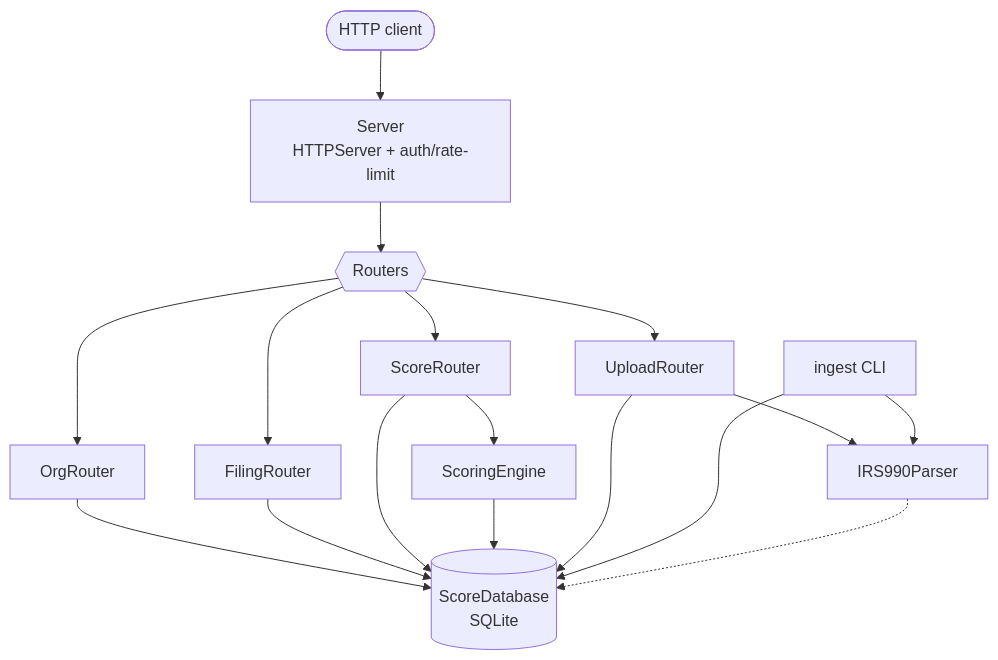
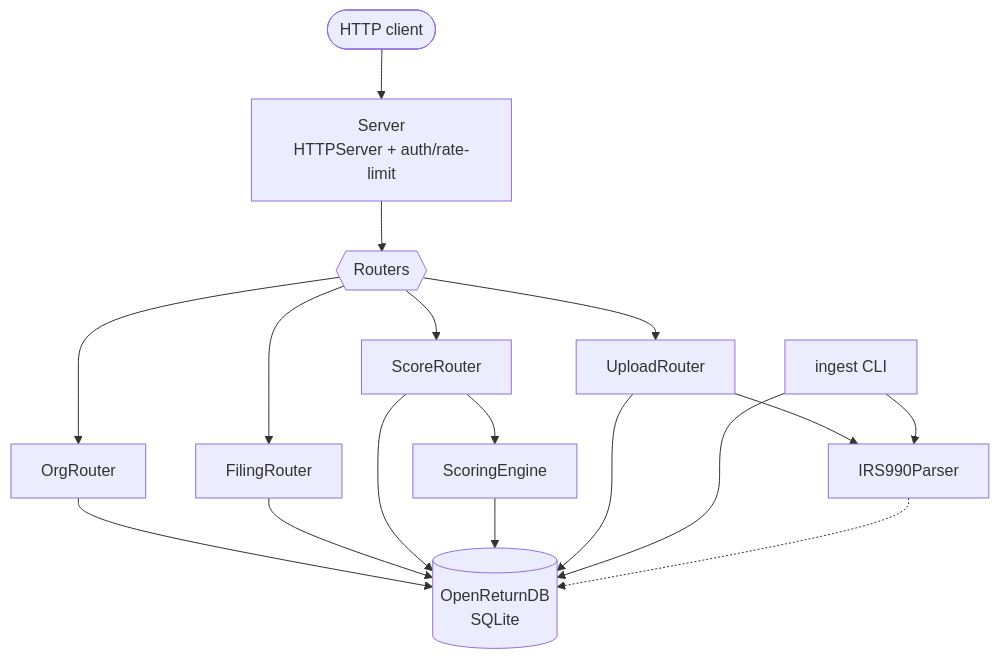
One commit to CalamooseLabs/OpenReturn changed the first of 3 diagrams in docs/development/architecture.md. Above: the diagram before and after it, drawn with Mermaid. The commit also changed other lines of this file and 51 other files, not shown here.

````diff
--- a/docs/development/architecture.md
+++ b/docs/development/architecture.md
@@ -29,19 +28,19 @@
 ```mermaid
 graph TD
   client([HTTP client]) --> server[Server<br/>HTTPServer + auth/rate-limit]
   server --> routers{{Routers}}
   routers --> org[OrgRouter]
   routers --> filing[FilingRouter]
   routers --> score[ScoreRouter]
   routers --> upload[UploadRouter]
   score --> engine[ScoringEngine]
   upload --> parser[IRS990Parser]
-  org --> db[(ScoreDatabase<br/>SQLite)]
+  org --> db[(OpenReturnDB<br/>SQLite)]
   filing --> db
   score --> db
   engine --> db
   upload --> db
   ingestcli[ingest CLI] --> parser
   ingestcli --> db
   parser -.-> db
 ```
````
